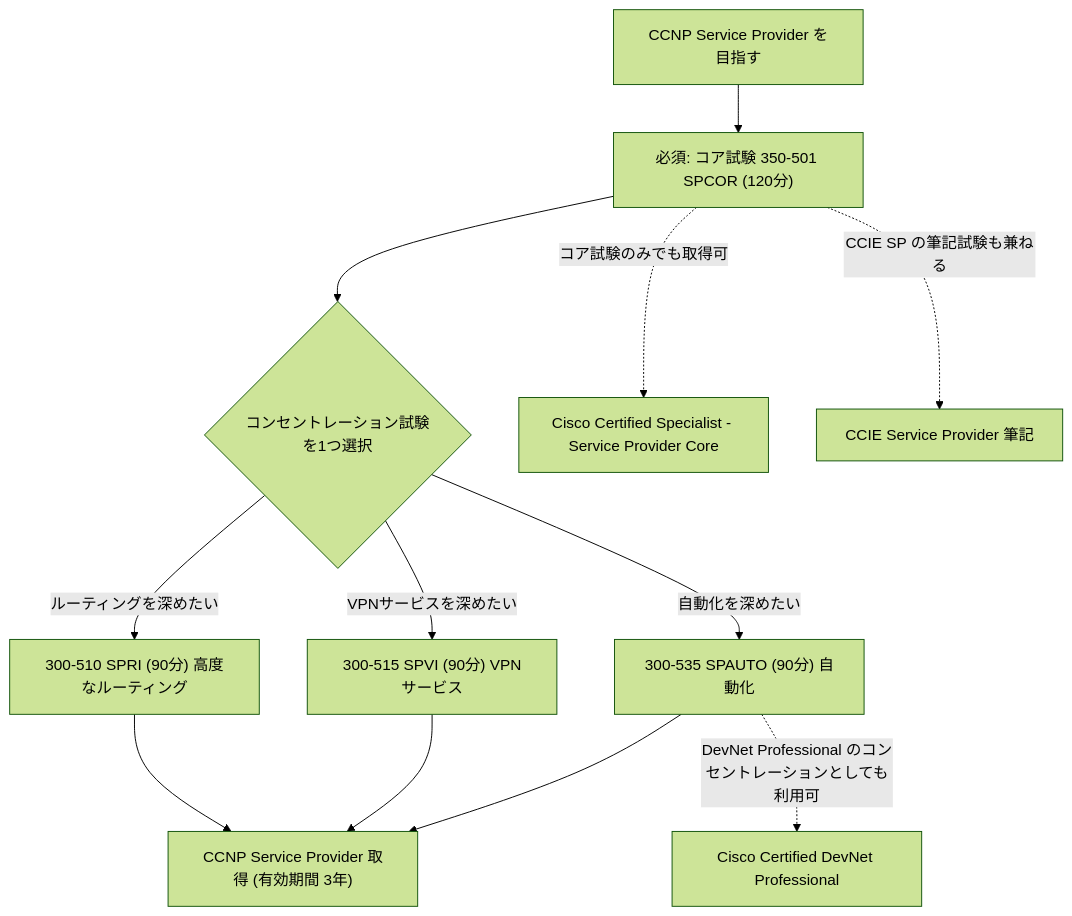
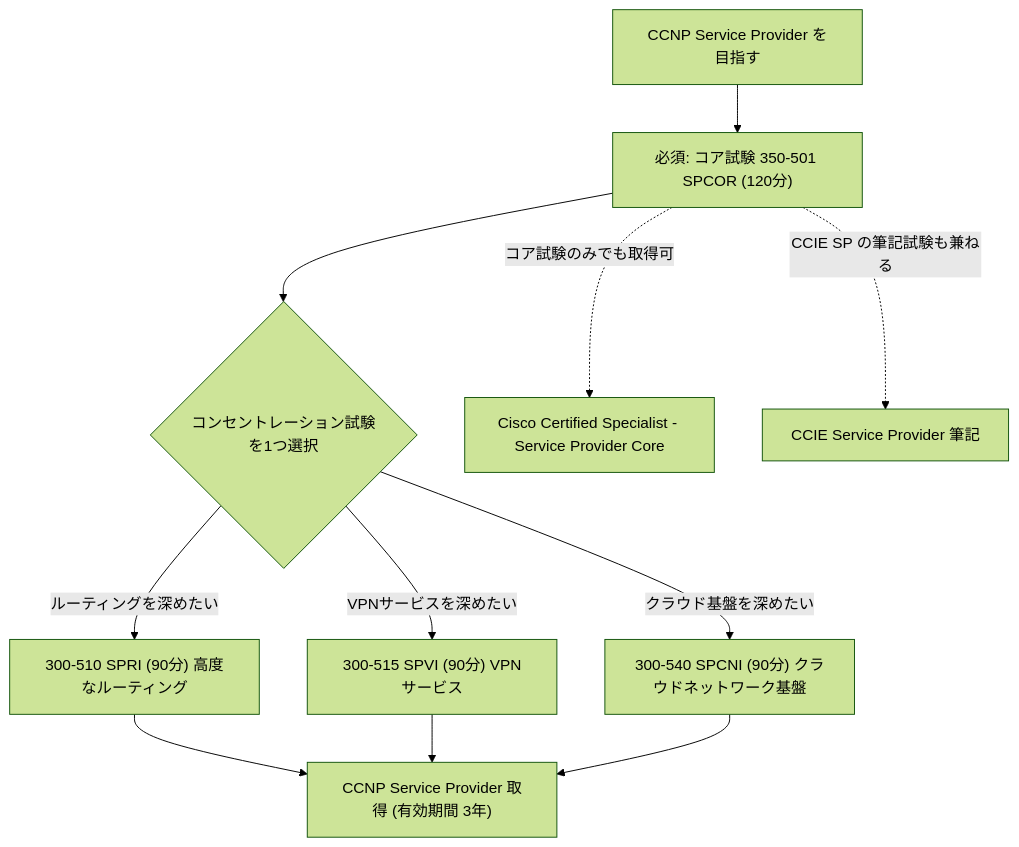
Before and after one commit to myoshi2891/Cloud-Infrastructure-and-Network-Studies: the first of 12 diagrams in Ccnp-service-provider-guide.md, drawn with Mermaid (forest theme). The commit also changed other lines of this file, not shown here.

Commit message:
docs(cisco): update exam details and scope in CCNP Service Provider guide

````diff
--- a/Ccnp-service-provider-guide.md
+++ b/Ccnp-service-provider-guide.md
@@ -64,14 +56,13 @@
 ```mermaid
 flowchart TD
     START["CCNP Service Provider を目指す"] --> CORE["必須: コア試験 350-501 SPCOR (120分)"]
     CORE --> CHOOSE{"コンセントレーション試験を1つ選択"}
     CHOOSE -->|"ルーティングを深めたい"| SPRI["300-510 SPRI (90分) 高度なルーティング"]
     CHOOSE -->|"VPNサービスを深めたい"| SPVI["300-515 SPVI (90分) VPNサービス"]
-    CHOOSE -->|"自動化を深めたい"| SPAUTO["300-535 SPAUTO (90分) 自動化"]
+    CHOOSE -->|"クラウド基盤を深めたい"| SPCNI["300-540 SPCNI (90分) クラウドネットワーク基盤"]
     SPRI --> CCNP["CCNP Service Provider 取得 (有効期間 3年)"]
     SPVI --> CCNP
-    SPAUTO --> CCNP
+    SPCNI --> CCNP
     CORE -.->|"コア試験のみでも取得可"| SPEC["Cisco Certified Specialist - Service Provider Core"]
     CORE -.->|"CCIE SP の筆記試験も兼ねる"| CCIE["CCIE Service Provider 筆記"]
-    SPAUTO -.->|"DevNet Professional のコンセントレーションとしても利用可"| DEVNET["Cisco Certified DevNet Professional"]
 ```
````
